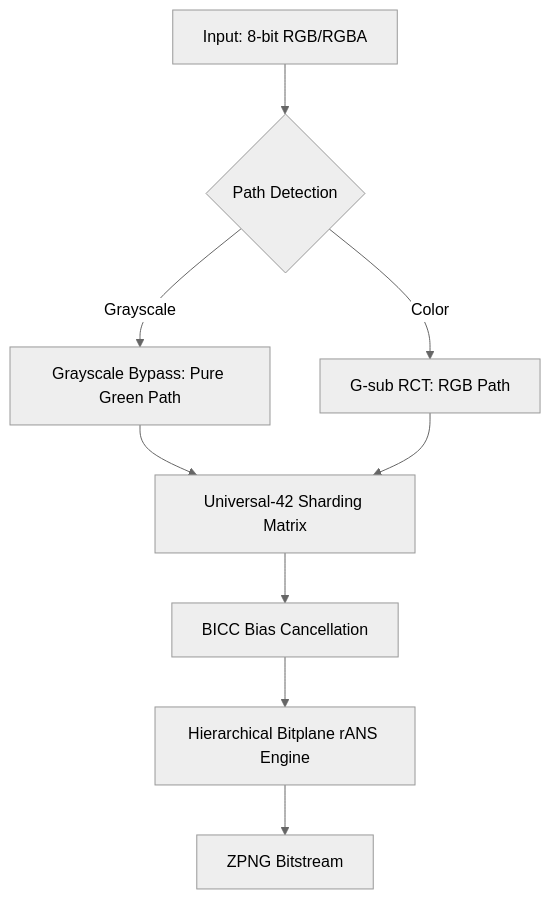
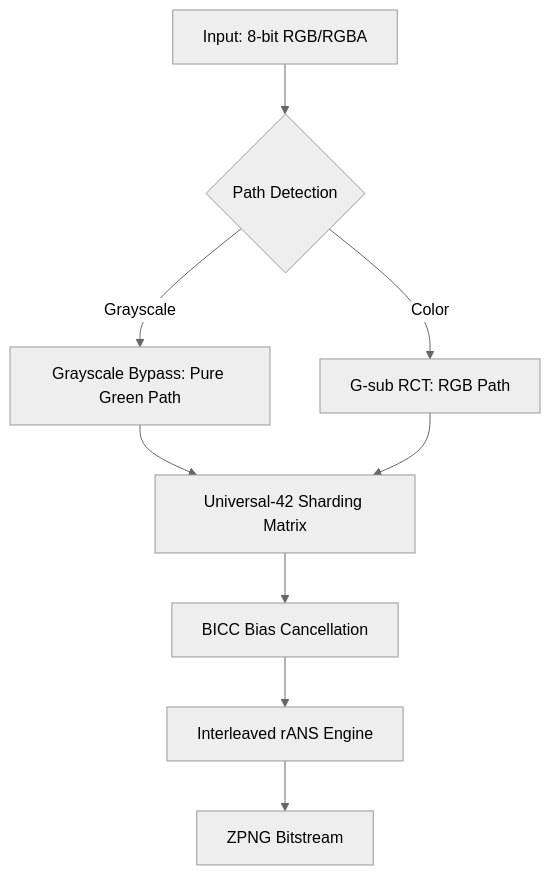
The diagram in README.md (nonkilife/SPX-Image-Lossless-Compression), drawn with Mermaid (neutral theme) before and after one commit. The commit also changed other lines of this file and 7 other files, not shown here.

Commit message:
feat: implement ZPNG-CSDE v6.2 core architecture with modular decompression and sharding support

````diff
--- a/README.md
+++ b/README.md
@@ -94,13 +94,13 @@
 ```mermaid
 graph TD
     A[Input: 8-bit RGB/RGBA] --> B{Path Detection}
     B -->|Grayscale| C1[Grayscale Bypass: Pure Green Path]
     B -->|Color| C2[G-sub RCT: RGB Path]
     
-    C1 --> D[Universal-42 Sharding Matrix]
-    C2 --> D
+    C1 --> D[Bitplane Sharding Matrix]
+    C2 --> D[Universal-42 Sharding Matrix]
     
     D --> E[BICC Bias Cancellation]
-    E --> F[Hierarchical Bitplane rANS Engine]
+    E --> F[Interleaved rANS Engine]
     F --> G[ZPNG Bitstream]
 ```
````
